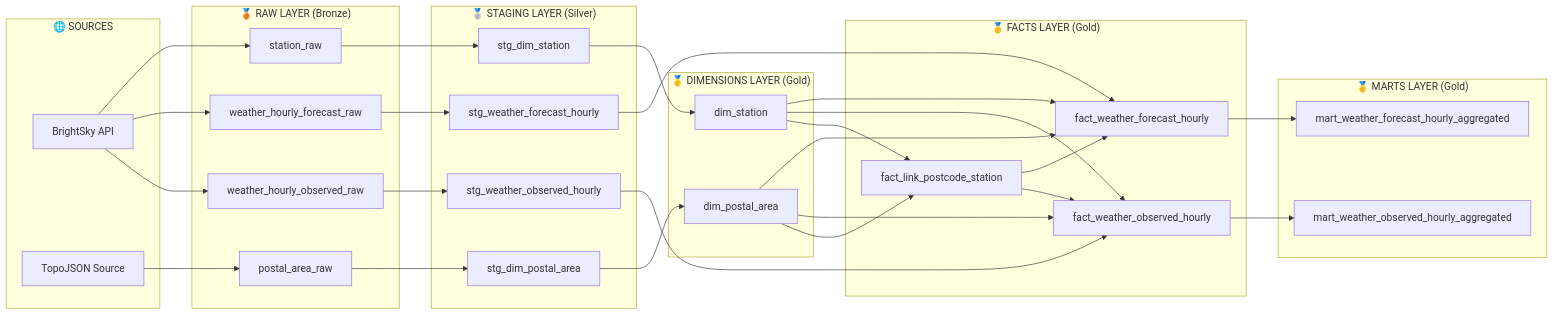
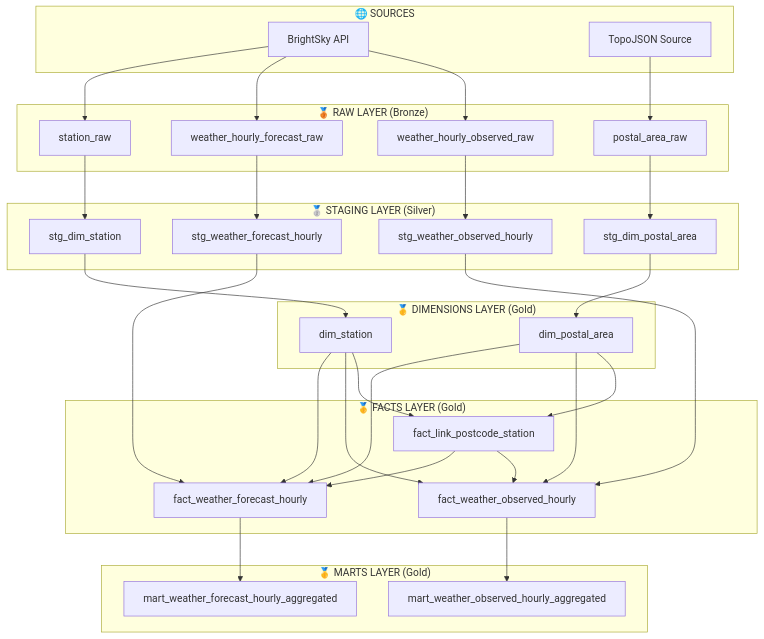
The first of 2 diagrams in README.md (akashganguly7/weather-observations-and-forecasting), drawn with Mermaid before and after one commit.

````diff
--- a/README.md
+++ b/README.md
@@ -72,72 +72,72 @@
 ```mermaid
-graph LR
+graph TD
     %% External Sources (Bronze)
     subgraph "🌐 SOURCES"
         A[BrightSky API]
         E[TopoJSON Source]
     end
     
     %% Raw Layer (Bronze)
     subgraph "🥉 RAW LAYER (Bronze)"
         B[weather_hourly_observed_raw]
         C[weather_hourly_forecast_raw]
         D[station_raw]
         F[postal_area_raw]
     end
     
     %% Staging Layer (Silver)
     subgraph "🥈 STAGING LAYER (Silver)"
         G[stg_weather_observed_hourly]
         H[stg_weather_forecast_hourly]
         I[stg_dim_station]
         J[stg_dim_postal_area]
     end
     
     %% Dimensions Layer (Gold)
     subgraph "🥇 DIMENSIONS LAYER (Gold)"
         K[dim_station]
         L[dim_postal_area]
     end
     
     %% Facts Layer (Gold)
     subgraph "🥇 FACTS LAYER (Gold)"
         M[fact_link_postcode_station]
         N[fact_weather_observed_hourly]
         O[fact_weather_forecast_hourly]
     end
     
     %% Marts Layer (Gold)
     subgraph "🥇 MARTS LAYER (Gold)"
         P[mart_weather_forecast_hourly_aggregated]
         Q[mart_weather_observed_hourly_aggregated]
     end
     
     %% Flow connections
     A --> B
     A --> C
     A --> D
     E --> F
     
     B --> G
     C --> H
     D --> I
     F --> J
     
     I --> K
     J --> L
     
     K --> M
     L --> M
     
     G --> N
     H --> O
     K --> N
     K --> O
     L --> N
     L --> O
     M --> N
     M --> O
     
     O --> P
     N --> Q
 ```
````
